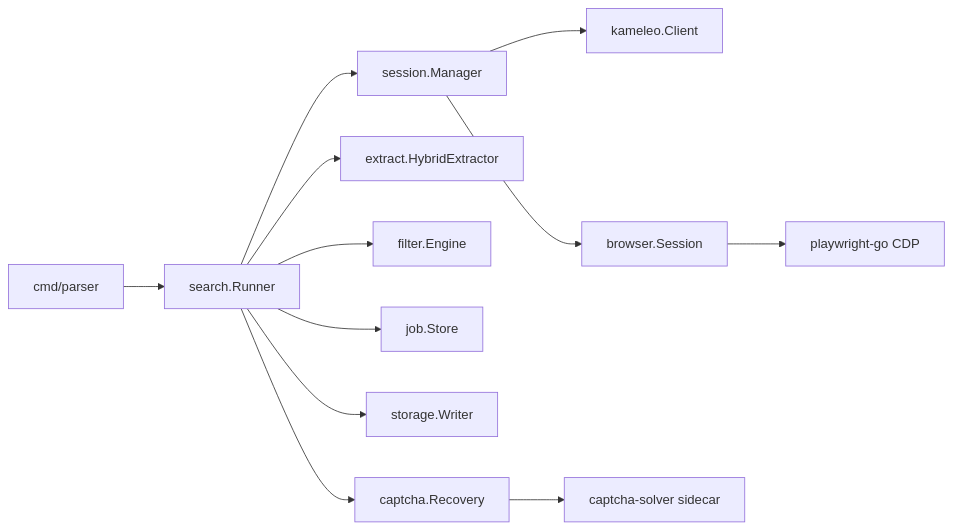
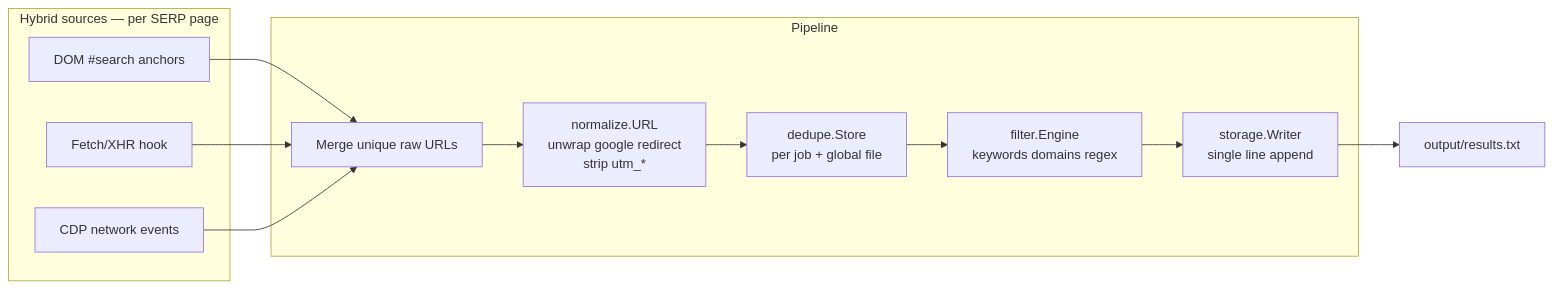
Before and after one commit to techboy365/Parser: the sixth of 7 diagrams in README.md, drawn with Mermaid. The commit also changed other lines of this file, not shown here.

Commit message:
Add full architecture diagrams for hotspot deployment and advanced CAPTCHA stack

````diff
--- a/README.md
+++ b/README.md
@@ -17,14 +299,22 @@
 ```mermaid
 flowchart LR
-  CLI[cmd/parser] --> Runner[search.Runner]
-  Runner --> Session[session.Manager]
-  Runner --> Extract[extract.HybridExtractor]
-  Runner --> Filter[filter.Engine]
-  Runner --> Job[job.Store]
-  Runner --> Storage[storage.Writer]
-  Session --> Kameleo[kameleo.Client]
-  Session --> Browser[browser.Session]
-  Browser --> Playwright[playwright-go CDP]
-  Runner --> Captcha[captcha.Recovery]
-  Captcha --> Sidecar[captcha-solver sidecar]
+  subgraph sources [Hybrid sources — per SERP page]
+    S1[DOM #search anchors]
+    S2[Fetch/XHR hook]
+    S3[CDP network events]
+  end
+
+  subgraph pipeline [Pipeline]
+    M[Merge unique raw URLs]
+    N[normalize.URL\nunwrap google redirect\nstrip utm_*]
+    D[dedupe.Store\nper job + global file]
+    F[filter.Engine\nkeywords domains regex]
+    W[storage.Writer\nsingle line append]
+  end
+
+  S1 --> M
+  S2 --> M
+  S3 --> M
+  M --> N --> D --> F --> W
+  W --> OUT[output/results.txt]
 ```
````
